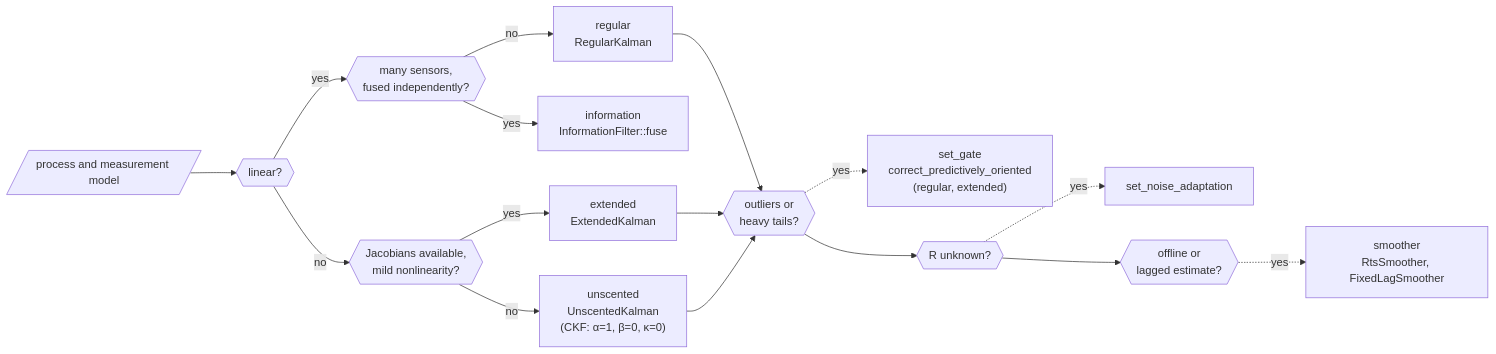
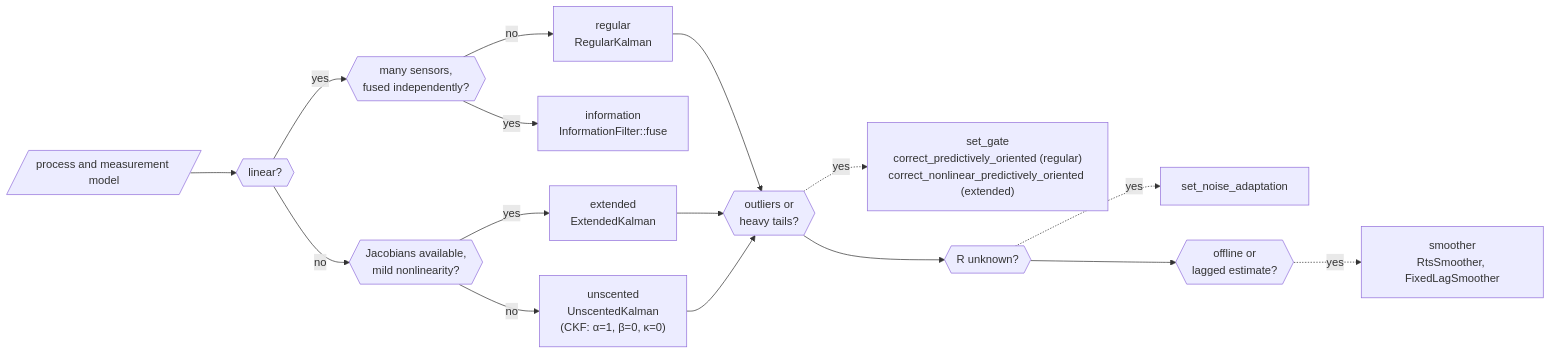
One commit to sunsided/minikalman-rs changed the diagram in crates/minikalman/docs/diagrams/choose-filter.mmd. Above: the diagram before and after it, drawn with Mermaid. The commit also changed 2 other files, not shown here.

Commit message:
Name the extended PrO method and fix the diagram source paths
The decision diagram listed correct_predictively_oriented for the
extended filter too, which only has correct_nonlinear_predictively_oriented.
The README copies pointed at docs/diagrams/README.md, which does not
resolve from the repo root, and the regular-loop copy did not name its
source.

```diff
--- a/crates/minikalman/docs/diagrams/choose-filter.mmd
+++ b/crates/minikalman/docs/diagrams/choose-filter.mmd
@@ -1,32 +1,32 @@
 flowchart LR
     %% Which filter fits a problem. Style: see docs/diagrams/README.md.
     %% The root README.md holds an inline copy of this diagram; keep the two in sync.
     %% Checks are hexagons; answers are rectangles naming the module and the type or method.
     model[/"process and measurement model"/]
     linear{{"linear?"}}
     fusion{{"many sensors,<br/>fused independently?"}}
     jacobians{{"Jacobians available,<br/>mild nonlinearity?"}}
     regular["regular<br/>RegularKalman"]
     information["information<br/>InformationFilter::fuse"]
     extended["extended<br/>ExtendedKalman"]
     unscented["unscented<br/>UnscentedKalman<br/>(CKF: α=1, β=0, κ=0)"]
     outliers{{"outliers or<br/>heavy tails?"}}
-    gate["set_gate<br/>correct_predictively_oriented<br/>(regular, extended)"]
+    gate["set_gate<br/>correct_predictively_oriented (regular)<br/>correct_nonlinear_predictively_oriented (extended)"]
     noise{{"R unknown?"}}
     adapt["set_noise_adaptation"]
     offline{{"offline or<br/>lagged estimate?"}}
     smoother["smoother<br/>RtsSmoother, FixedLagSmoother"]
     model --> linear
     linear -- yes --> fusion
     fusion -- no --> regular
     fusion -- yes --> information
     linear -- no --> jacobians
     jacobians -- yes --> extended
     jacobians -- no --> unscented
     regular & extended & unscented --> outliers
     outliers -. yes .-> gate
     outliers --> noise
     noise -. yes .-> adapt
     noise --> offline
     offline -. yes .-> smoother
     classDef focus fill:#fbbf24,stroke:#b45309,stroke-width:3px,color:#1c1917
```
